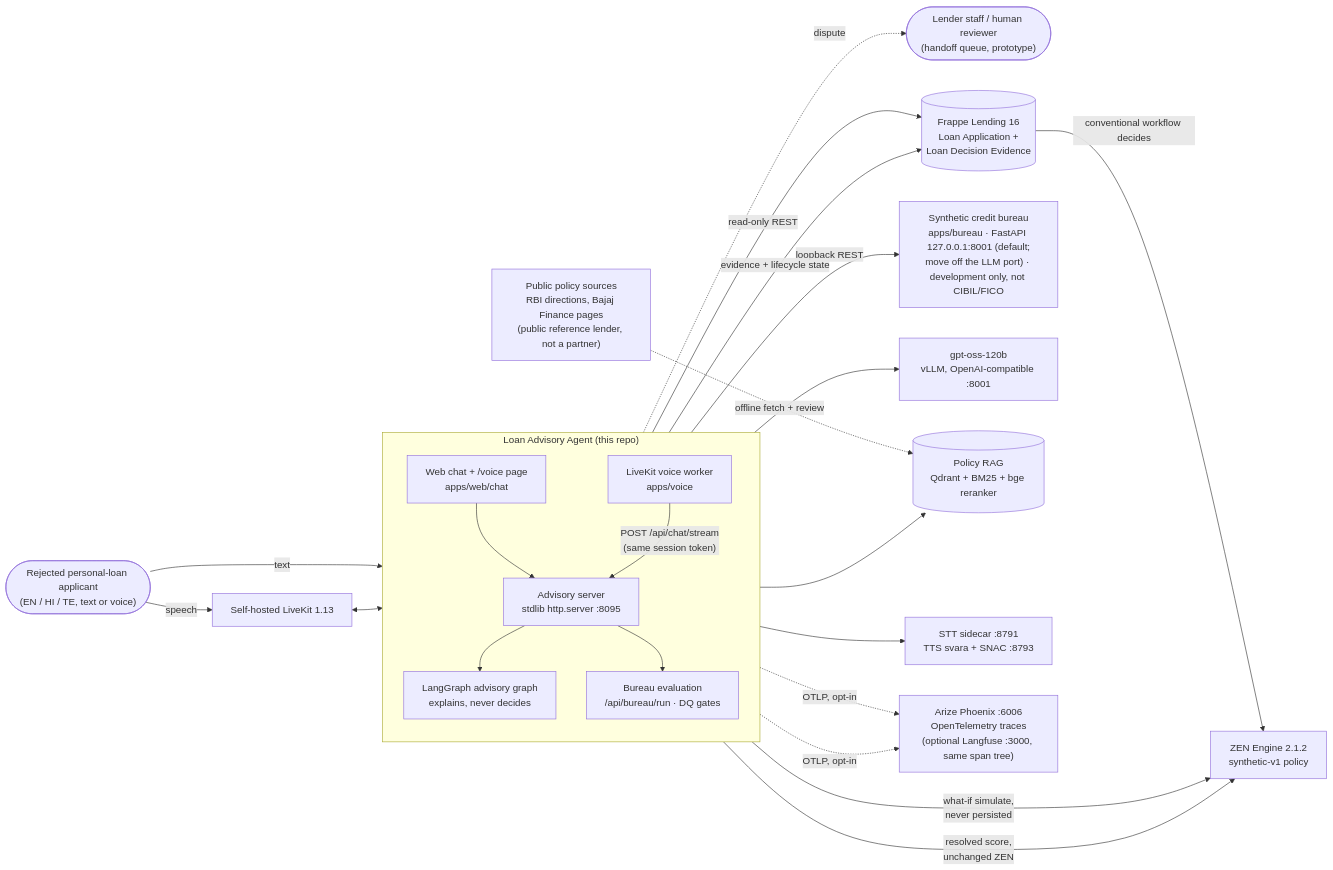
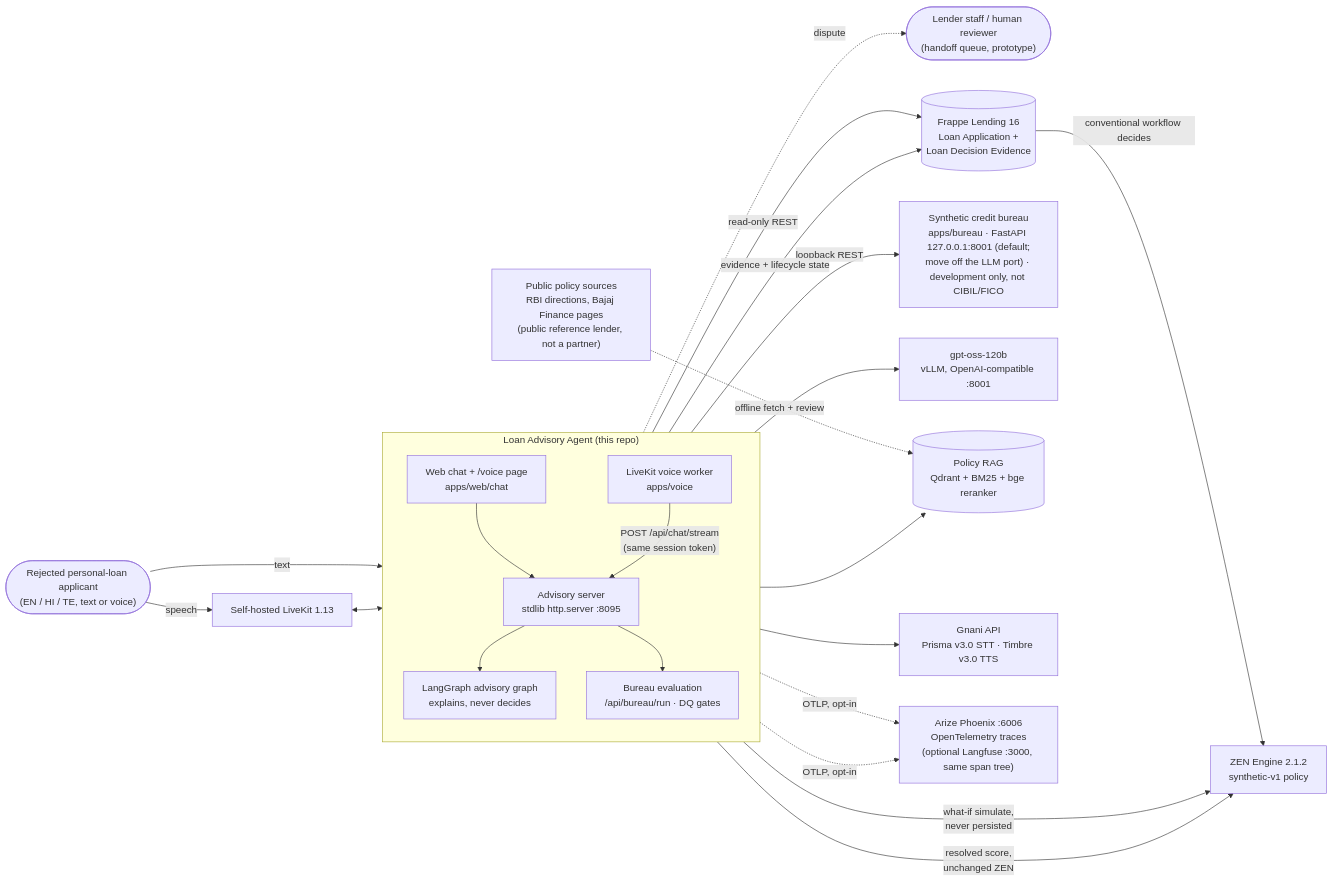
Before and after one commit to Narendarcodes/saral: the diagram in docs/architecture/diagrams/01-system-context.mmd, drawn with Mermaid. The commit also changed 9 other files, not shown here.

First line of the commit message:
docs(voice): Gnani Prisma + Timbre in README, .env.example, agent and developer docs

```diff
--- a/docs/architecture/diagrams/01-system-context.mmd
+++ b/docs/architecture/diagrams/01-system-context.mmd
@@ -1,44 +1,44 @@
 %% System context: who and what the Loan Advisory Agent talks to (all self-hosted, 127.0.0.1-bound on the droplet)
 flowchart LR
     applicant(["Rejected personal-loan applicant<br/>(EN / HI / TE, text or voice)"])
     officer(["Lender staff / human reviewer<br/>(handoff queue, prototype)"])
 
     subgraph LAA["Loan Advisory Agent (this repo)"]
         direction TB
         ui["Web chat + /voice page<br/>apps/web/chat"]
         api["Advisory server<br/>stdlib http.server :8095"]
         agraph["LangGraph advisory graph<br/>explains, never decides"]
         beval["Bureau evaluation<br/>/api/bureau/run · DQ gates"]
         voice["LiveKit voice worker<br/>apps/voice"]
     end
 
     frappe[("Frappe Lending 16<br/>Loan Application +<br/>Loan Decision Evidence")]
     zen["ZEN Engine 2.1.2<br/>synthetic-v1 policy"]
     bureau["Synthetic credit bureau<br/>apps/bureau · FastAPI 127.0.0.1:8001 (default;<br/>move off the LLM port) · development only, not CIBIL/FICO"]
     llm["gpt-oss-120b<br/>vLLM, OpenAI-compatible :8001"]
     rag[("Policy RAG<br/>Qdrant + BM25 + bge reranker")]
     lk["Self-hosted LiveKit 1.13"]
-    speech["STT sidecar :8791<br/>TTS svara + SNAC :8793"]
+    speech["Gnani API<br/>Prisma v3.0 STT · Timbre v3.0 TTS"]
     phoenix["Arize Phoenix :6006<br/>OpenTelemetry traces<br/>(optional Langfuse :3000, same span tree)"]
     sources["Public policy sources<br/>RBI directions, Bajaj Finance pages<br/>(public reference lender, not a partner)"]
 
     applicant -->|text| ui
     applicant -->|speech| lk
     ui --> api
     lk <--> voice
     voice --> speech
     voice -->|"POST /api/chat/stream<br/>(same session token)"| api
     api --> agraph
     api --> beval
     beval -->|"loopback REST"| bureau
     agraph -->|read-only REST| frappe
     agraph -->|"what-if simulate,<br/>never persisted"| zen
     beval -->|"resolved score,<br/>unchanged ZEN"| zen
     beval -->|"evidence + lifecycle state"| frappe
     agraph --> llm
     agraph --> rag
     agraph -.->|dispute| officer
     agraph -.->|"OTLP, opt-in"| phoenix
     beval -.->|"OTLP, opt-in"| phoenix
     sources -.->|offline fetch + review| rag
     frappe -->|conventional workflow decides| zen
```
